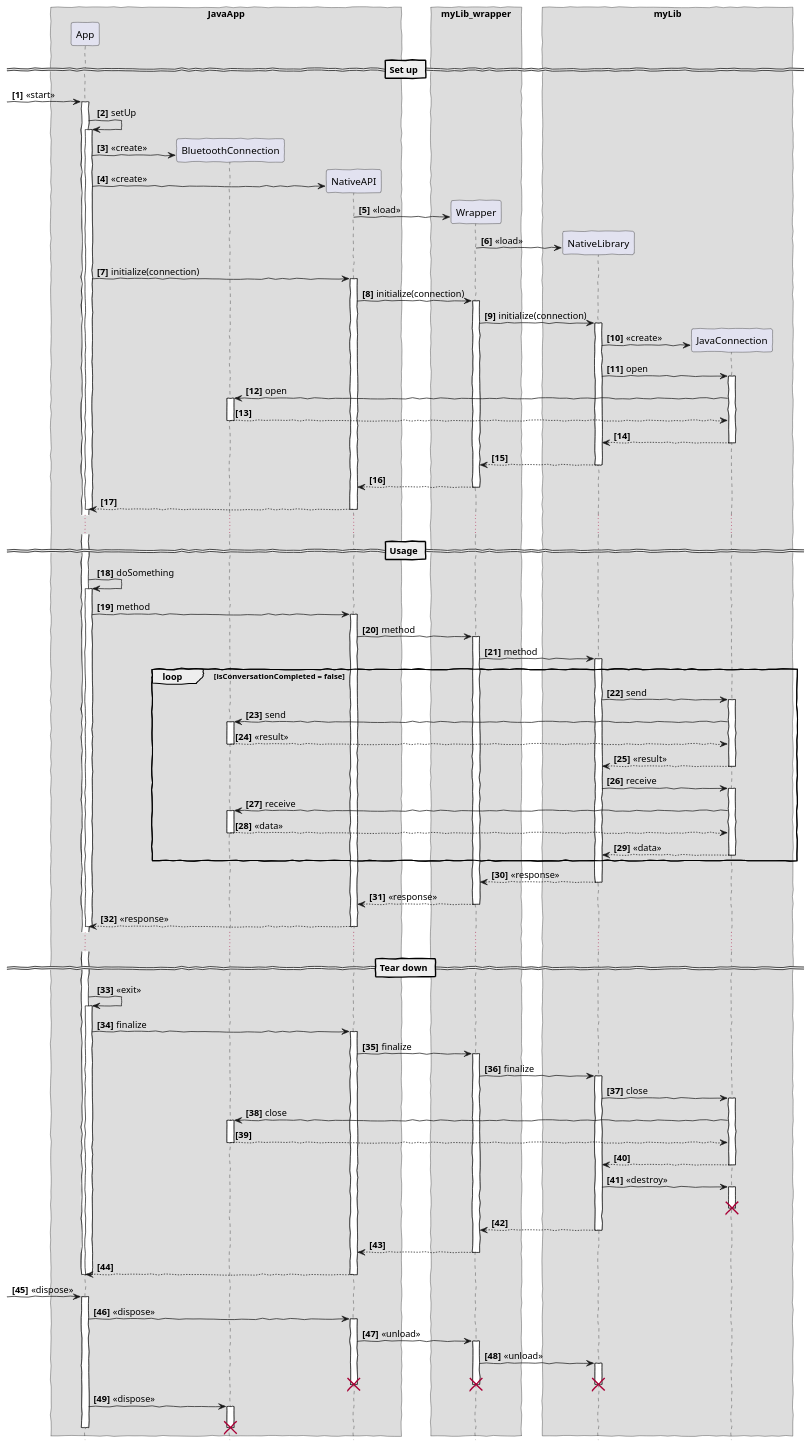
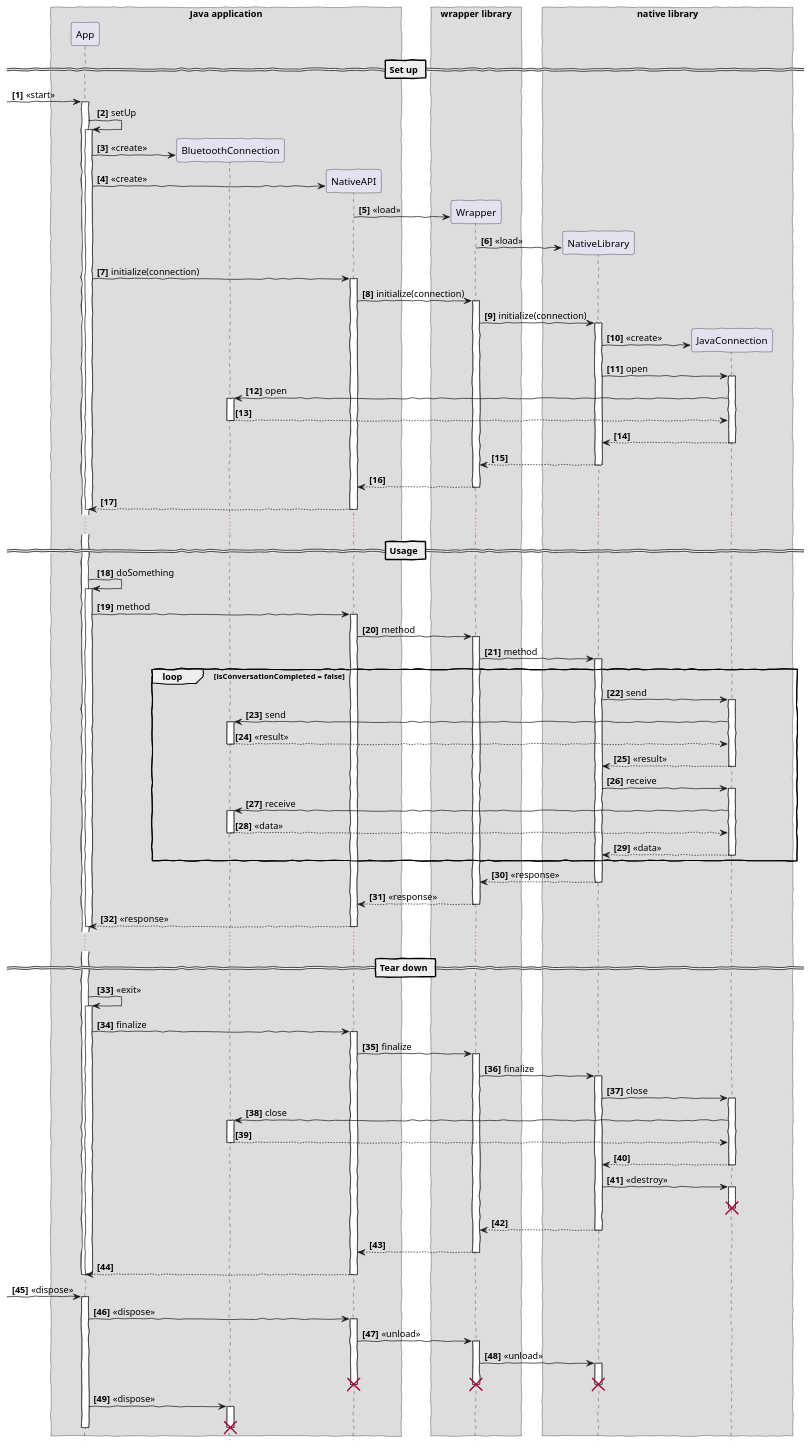
Before and after one commit to gzuliani/gzuliani.github.io: the diagram in cpp/files/bluetooth-cpp-android/invoke-sequence-diagram.plantuml, drawn with PlantUML. The commit also changed 9 other files, not shown here.

```diff
--- a/cpp/files/bluetooth-cpp-android/invoke-sequence-diagram.plantuml
+++ b/cpp/files/bluetooth-cpp-android/invoke-sequence-diagram.plantuml
@@ -8,17 +8,17 @@
 skinparam BoxPadding 10
 skinparam ParticipantPadding 25
 
-box "JavaApp"
+box "Java application"
 participant App
 participant BluetoothConnection
 participant NativeAPI
 end box
 
-box "myLib_wrapper"
+box "wrapper library"
 participant Wrapper
 end box
 
-box "myLib"
+box "native library"
 participant NativeLibrary
 participant JavaConnection
 end box
```
